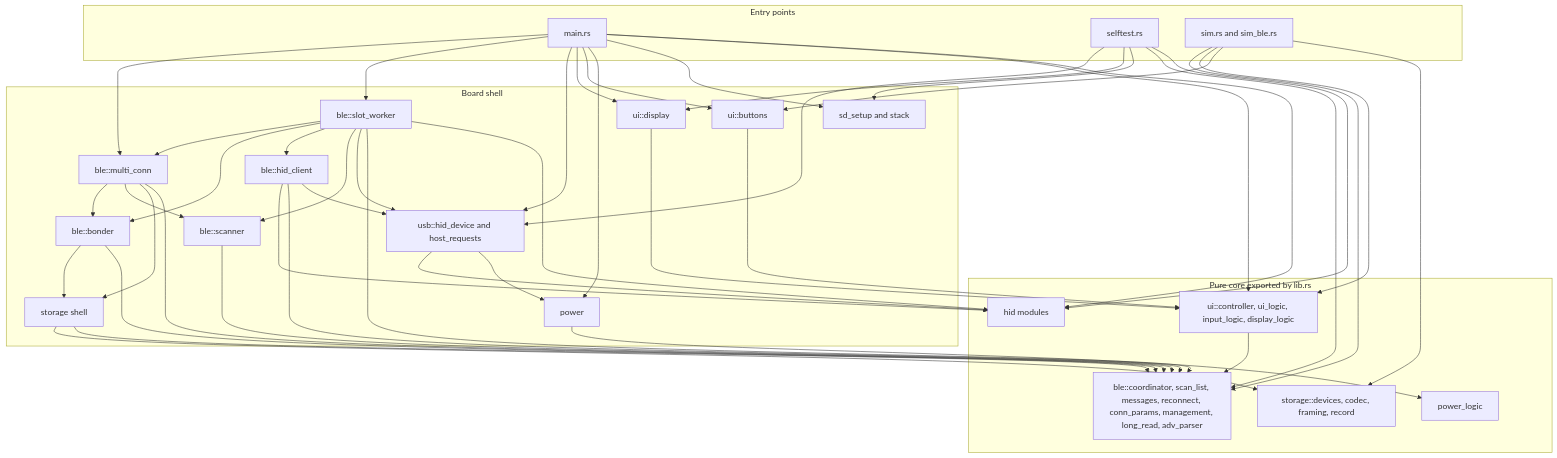
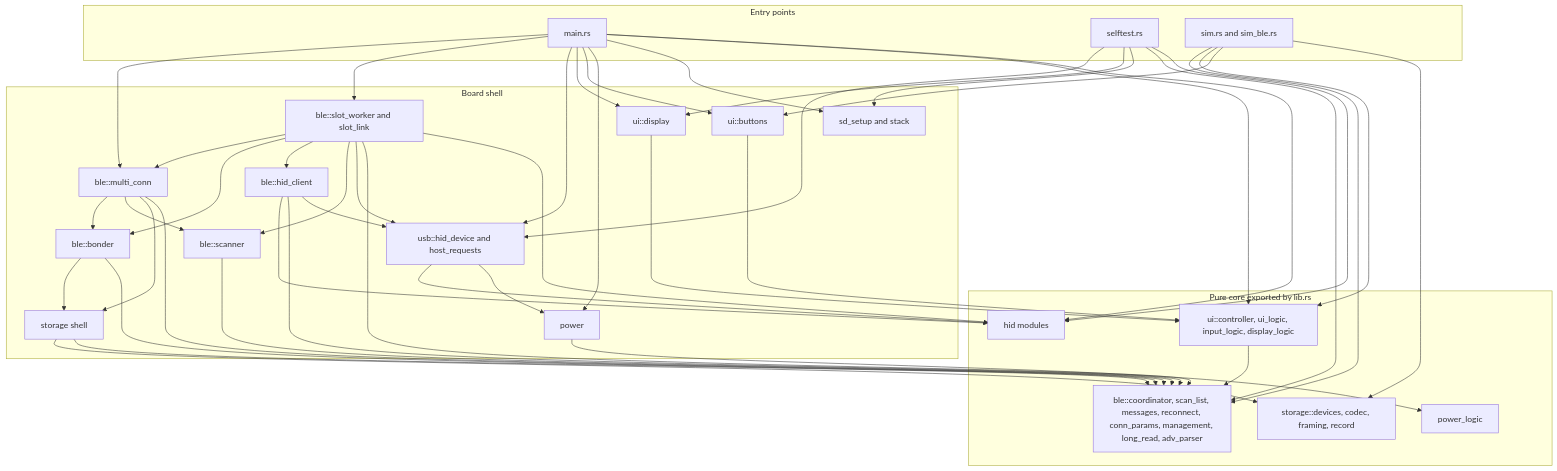
One commit to chefzaid/bt2usb changed the second of 10 diagrams in docs/architecture.md. Above: the diagram before and after it, drawn with Mermaid. The commit also changed other lines of this file and 22 other files, not shown here.

````diff
--- a/docs/architecture.md
+++ b/docs/architecture.md
@@ -127,42 +128,42 @@
 ```mermaid
 flowchart TD
     subgraph entry [Entry points]
         MAIN["main.rs"]
         SELF["selftest.rs"]
         SIM["sim.rs and sim_ble.rs"]
     end
     subgraph shell [Board shell]
         MC["ble::multi_conn"]
-        SW["ble::slot_worker"]
+        SW["ble::slot_worker and slot_link"]
         BND["ble::bonder"]
         HC["ble::hid_client"]
         SC["ble::scanner"]
         ST["storage shell"]
         USB["usb::hid_device and host_requests"]
         PWR["power"]
         DSP["ui::display"]
         BTN["ui::buttons"]
         SDS["sd_setup and stack"]
     end
     subgraph core [Pure core exported by lib.rs]
         BC["ble::coordinator, scan_list, messages, reconnect, conn_params, management, long_read, adv_parser"]
         HID["hid modules"]
         UIL["ui::controller, ui_logic, input_logic, display_logic"]
         PL["power_logic"]
         SF["storage::devices, codec, framing, record"]
     end
     MAIN --> MC & SW & USB & DSP & BTN & PWR & SDS & UIL & HID
     SELF --> USB & DSP & SDS & BC & HID
     SIM --> BC & UIL & BTN & SF
     MC --> BND & SC & ST & BC
     SW --> MC & BND & HC & SC & USB & BC & HID
     BND --> ST & BC
     HC --> HID & BC & USB
     SC --> BC
     ST --> SF & BC
     USB --> HID & PWR
     PWR --> PL
     DSP --> UIL
     BTN --> UIL
     UIL --> BC
 ```
````
